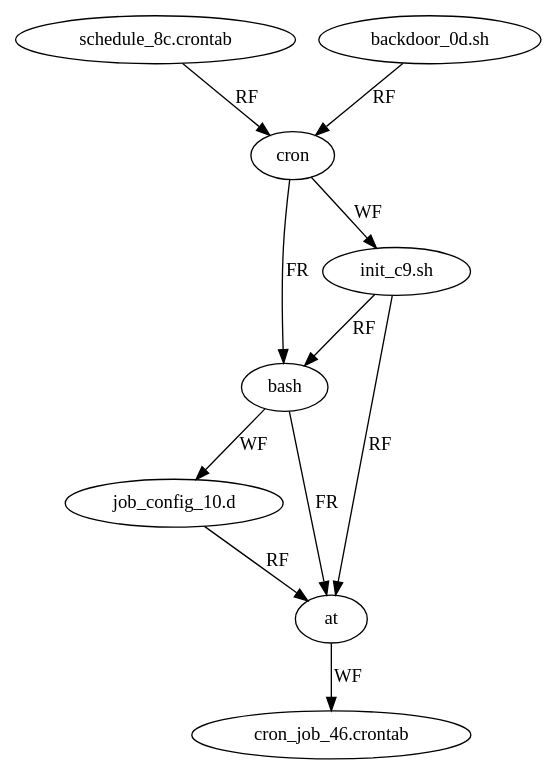
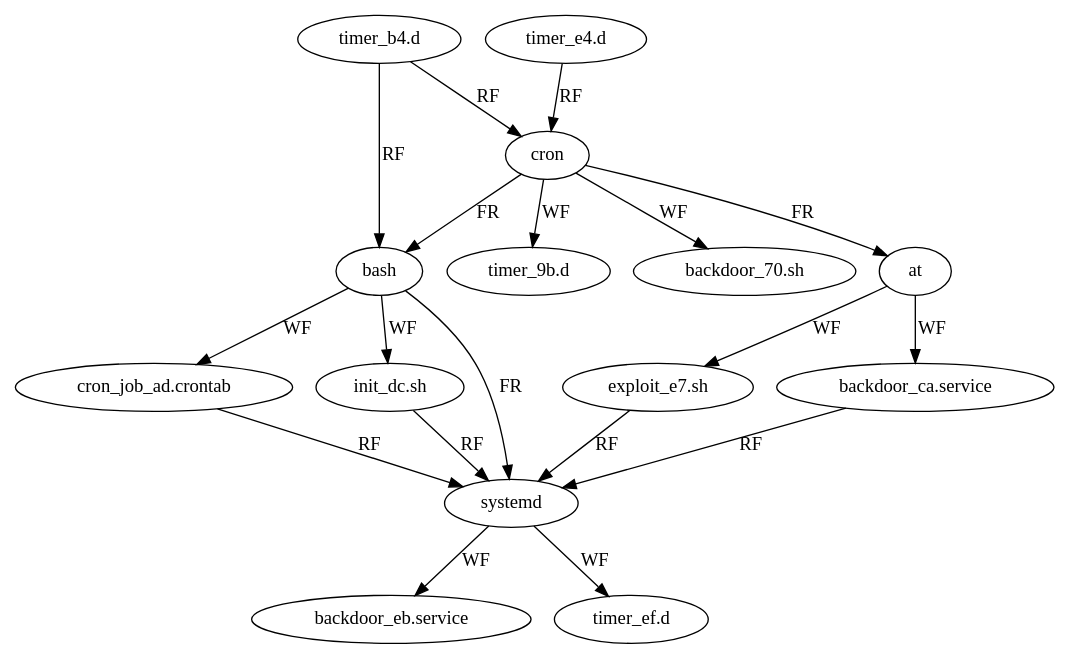
One commit to gianghitran/MARL-VariantHunter-Architecture changed the diagram in Attack_Agent/result_handoff/APT29/clusters/cluster_03_T1053.dot. Above: the diagram before and after it, drawn with Graphviz. The commit also changed 1442 other files, not shown here.

```diff
--- a/Attack_Agent/result_handoff/APT29/clusters/cluster_03_T1053.dot
+++ b/Attack_Agent/result_handoff/APT29/clusters/cluster_03_T1053.dot
@@ -1,20 +1,34 @@
 digraph {
   p0_s3 [label="cron" type=process stage="T1053"]
-  fin0_s3 [label="schedule_8c.crontab" type=file stage="T1053"]
-  fin1_s3 [label="backdoor_0d.sh" type=file stage="T1053"]
-  p1_s3 [label="bash" type=process stage="T1053"]
-  f0_0_s3 [label="job_config_10.d" type=file stage="T1053"]
-  p2_s3 [label="at" type=process stage="T1053"]
-  f1_0_s3 [label="cron_job_46.crontab" type=file stage="T1053"]
-  fh0_s3 [label="init_c9.sh" type=file stage="T1053"]
+  fin0_s3 [label="timer_b4.d" type=file stage="T1053"]
+  fin1_s3 [label="timer_e4.d" type=file stage="T1053"]
+  p1_s3 [label="at" type=process stage="T1053"]
+  f0_0_s3 [label="backdoor_ca.service" type=file stage="T1053"]
+  f0_1_s3 [label="exploit_e7.sh" type=file stage="T1053"]
+  p2_s3 [label="bash" type=process stage="T1053"]
+  f1_0_s3 [label="cron_job_ad.crontab" type=file stage="T1053"]
+  f1_1_s3 [label="init_dc.sh" type=file stage="T1053"]
+  p3_s3 [label="systemd" type=process stage="T1053"]
+  f2_0_s3 [label="backdoor_eb.service" type=file stage="T1053"]
+  f2_1_s3 [label="timer_ef.d" type=file stage="T1053"]
+  fh0_s3 [label="timer_9b.d" type=file stage="T1053"]
+  fh1_s3 [label="backdoor_70.sh" type=file stage="T1053"]
   fin0_s3 -> p0_s3 [label="RF"]
   fin1_s3 -> p0_s3 [label="RF"]
   p0_s3 -> p1_s3 [label="FR"]
   p1_s3 -> f0_0_s3 [label="WF"]
-  p1_s3 -> p2_s3 [label="FR"]
+  p1_s3 -> f0_1_s3 [label="WF"]
+  p0_s3 -> p2_s3 [label="FR"]
   p2_s3 -> f1_0_s3 [label="WF"]
+  p2_s3 -> f1_1_s3 [label="WF"]
+  fin0_s3 -> p2_s3 [label="RF"]
+  p2_s3 -> p3_s3 [label="FR"]
+  p3_s3 -> f2_0_s3 [label="WF"]
+  p3_s3 -> f2_1_s3 [label="WF"]
+  f0_0_s3 -> p3_s3 [label="RF"]
+  f0_1_s3 -> p3_s3 [label="RF"]
+  f1_0_s3 -> p3_s3 [label="RF"]
+  f1_1_s3 -> p3_s3 [label="RF"]
   p0_s3 -> fh0_s3 [label="WF"]
-  fh0_s3 -> p1_s3 [label="RF"]
-  f0_0_s3 -> p2_s3 [label="RF"]
-  fh0_s3 -> p2_s3 [label="RF"]
+  p0_s3 -> fh1_s3 [label="WF"]
 }
```
